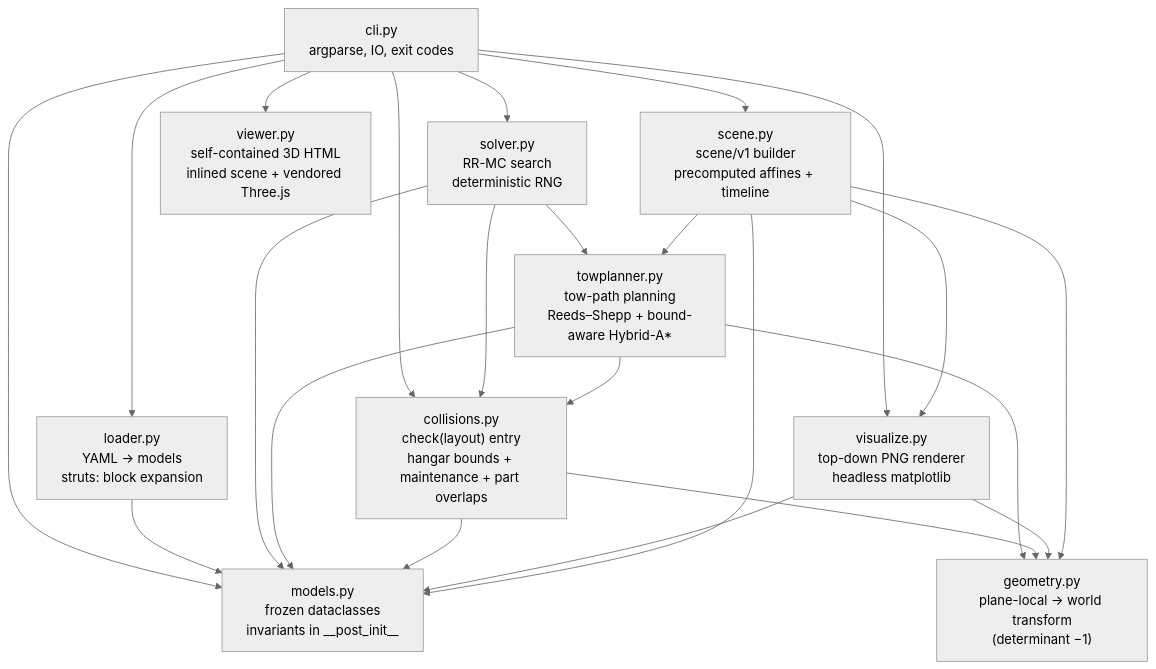
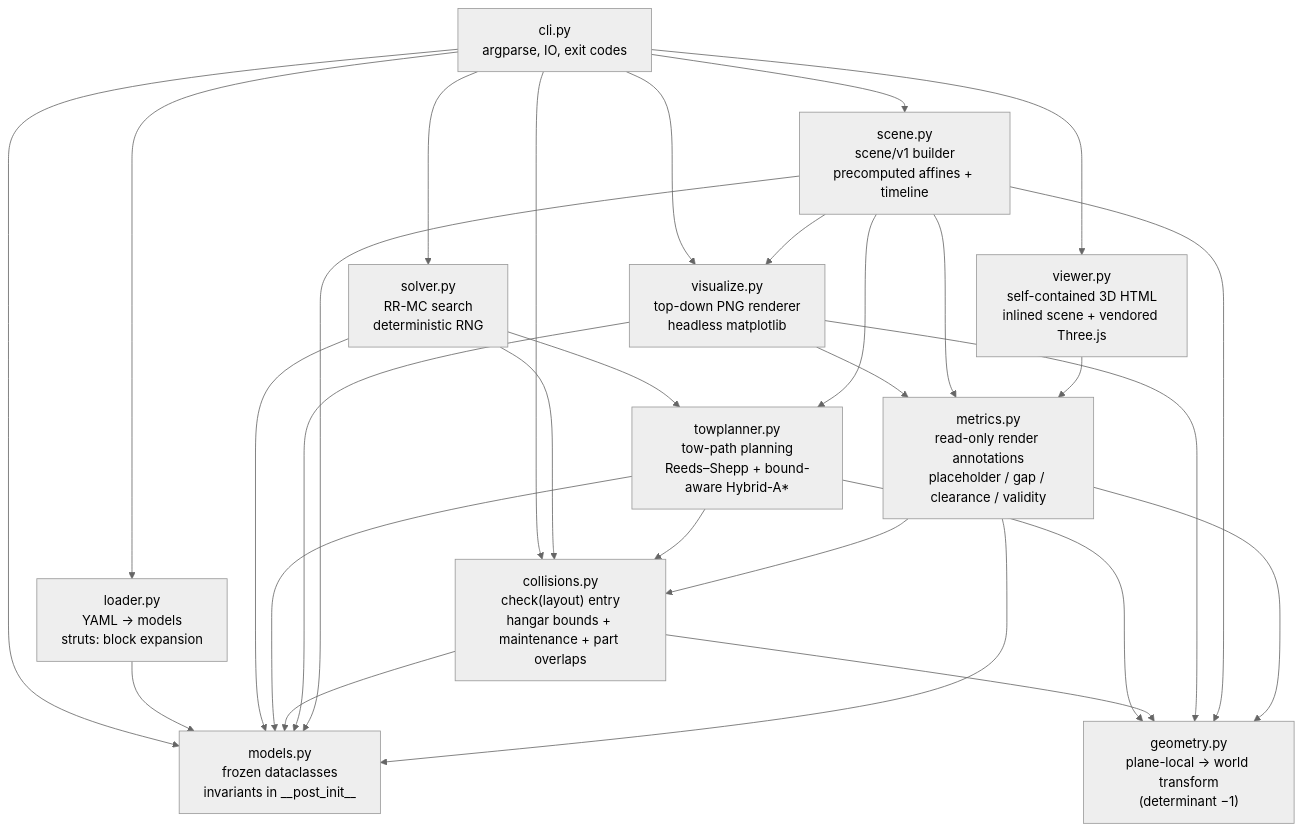
One commit to DocGerd/hangarfit changed the first of 2 diagrams in docs/architecture/05-building-block-view.md. Above: the diagram before and after it, drawn with Mermaid (neutral theme). The commit also changed other lines of this file and 1 other file, not shown here.

First line of the commit message:
docs: capture M30 learnings — stacked-PR base=develop + metrics module (#409)

````diff
--- a/docs/architecture/05-building-block-view.md
+++ b/docs/architecture/05-building-block-view.md
@@ -9,42 +9,51 @@
 ```mermaid
 flowchart TD
     cli["cli.py<br/>argparse, IO, exit codes"]
     loader["loader.py<br/>YAML → models<br/>struts: block expansion"]
     models["models.py<br/>frozen dataclasses<br/>invariants in __post_init__"]
     geometry["geometry.py<br/>plane-local → world transform<br/>(determinant −1)"]
     collisions["collisions.py<br/>check(layout) entry<br/>hangar bounds + maintenance + part overlaps"]
     solver["solver.py<br/>RR-MC search<br/>deterministic RNG"]
     towplanner["towplanner.py<br/>tow-path planning<br/>Reeds–Shepp + bound-aware Hybrid-A*"]
     visualize["visualize.py<br/>top-down PNG renderer<br/>headless matplotlib"]
     scene["scene.py<br/>scene/v1 builder<br/>precomputed affines + timeline"]
     viewer["viewer.py<br/>self-contained 3D HTML<br/>inlined scene + vendored Three.js"]
+    metrics["metrics.py<br/>read-only render annotations<br/>placeholder / gap / clearance / validity"]
 
     cli --> loader
     cli --> collisions
     cli --> solver
     cli --> visualize
     cli --> scene
     cli --> viewer
     cli --> models
 
     loader --> models
 
     solver --> collisions
     solver --> models
     solver --> towplanner
 
     towplanner --> collisions
     towplanner --> geometry
     towplanner --> models
 
     collisions --> geometry
     collisions --> models
 
     visualize --> geometry
     visualize --> models
 
     scene --> geometry
     scene --> towplanner
     scene --> visualize
     scene --> models
+
+    metrics --> collisions
+    metrics --> geometry
+    metrics --> models
+
+    visualize --> metrics
+    scene --> metrics
+    viewer --> metrics
 ```
````
